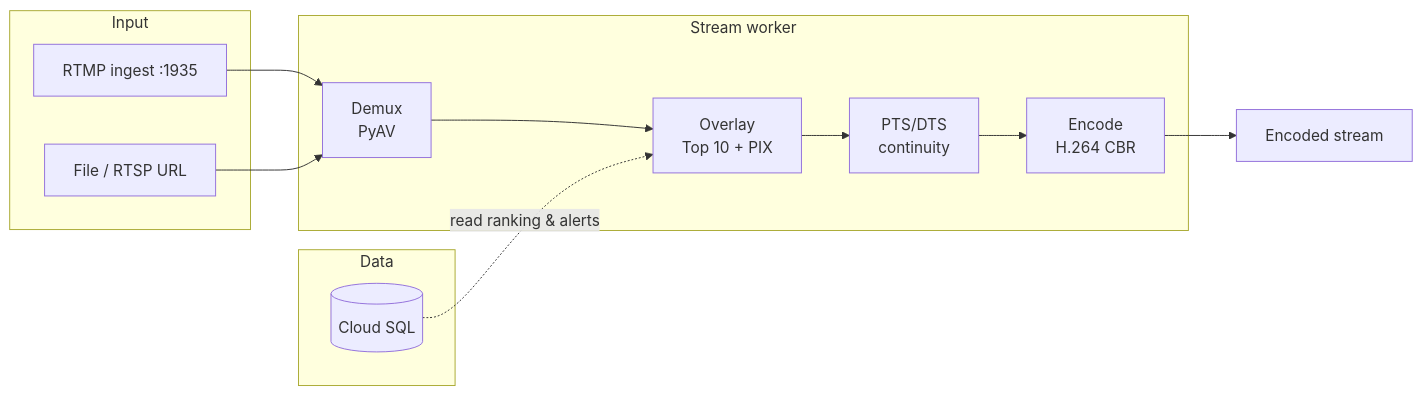
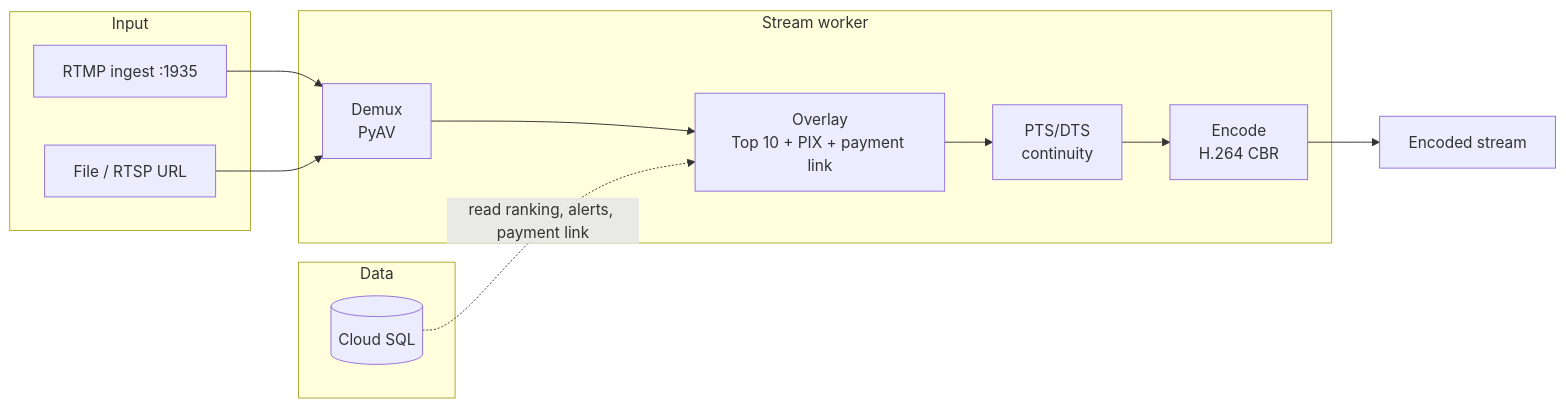
Before and after one commit to iklobato/donatik-tube: the second of 5 diagrams in README.md, drawn with Mermaid. The commit also changed other lines of this file and 1 other file, not shown here.

First line of the commit message:
docs: update README for payment link and Stripe

````diff
--- a/README.md
+++ b/README.md
@@ -61,24 +61,24 @@
 ```mermaid
 flowchart LR
     subgraph Input
         RTMP[RTMP ingest :1935]
         FILE[File / RTSP URL]
     end
 
     subgraph Worker["Stream worker"]
         DEMUX[Demux<br/>PyAV]
-        OVERLAY[Overlay<br/>Top 10 + PIX]
+        OVERLAY[Overlay<br/>Top 10 + PIX + payment link]
         PTS[PTS/DTS<br/>continuity]
         ENC[Encode<br/>H.264 CBR]
         DEMUX --> OVERLAY --> PTS --> ENC
     end
 
     subgraph Data
         DB[(Cloud SQL)]
-        DB -.->|read ranking & alerts| OVERLAY
+        DB -.->|read ranking, alerts, payment link| OVERLAY
     end
 
     RTMP --> DEMUX
     FILE --> DEMUX
     ENC --> OUT[Encoded stream]
 ```
````
